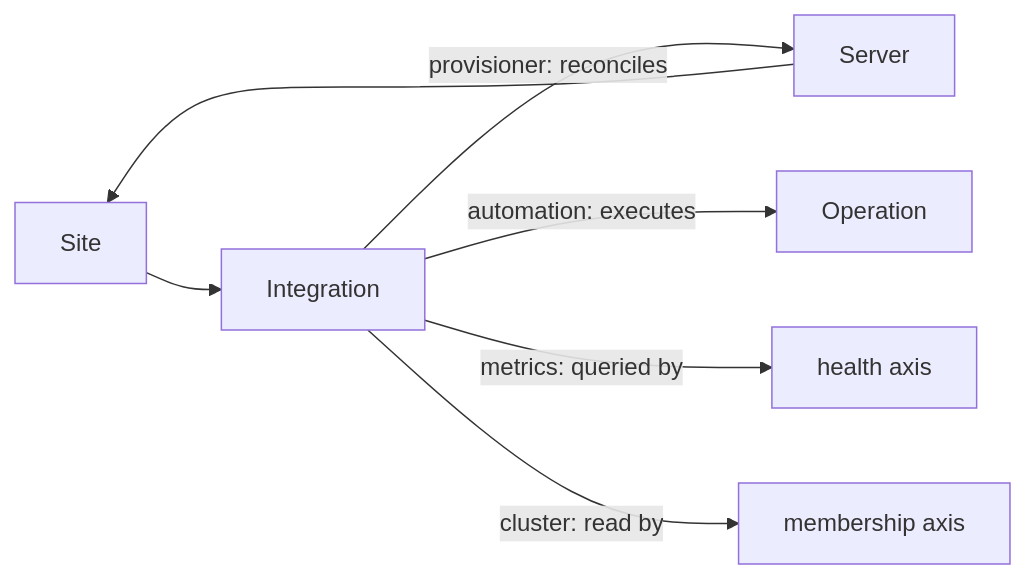
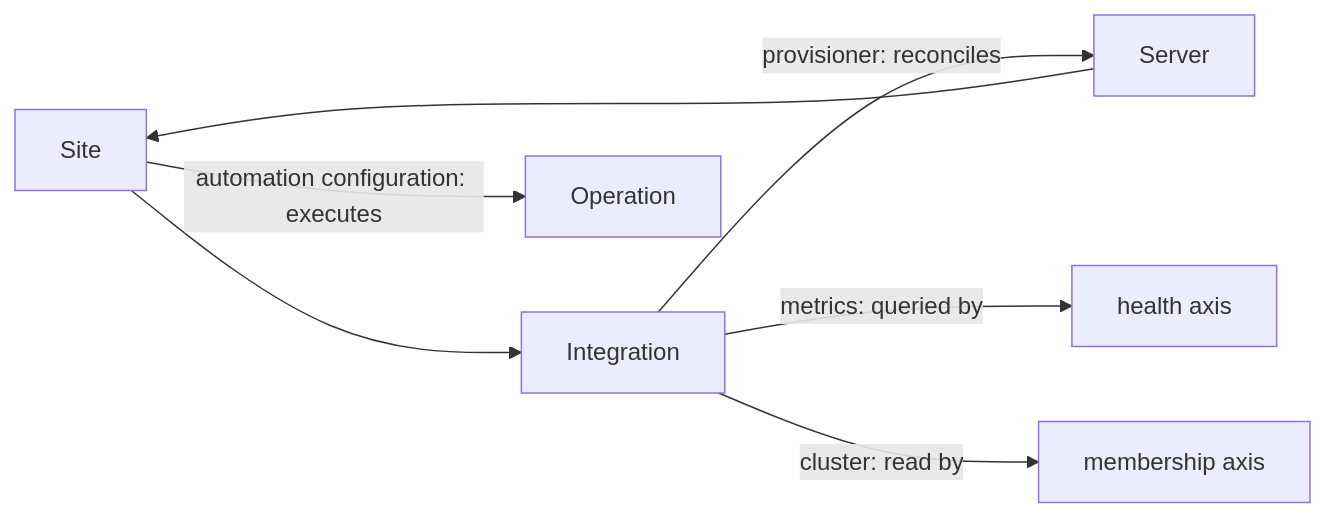
One commit to maple52046/swallow changed the diagram in docs/glossaries/site.md. Above: the diagram before and after it, drawn with Mermaid. The commit also changed other lines of this file and 126 other files, not shown here.

````diff
--- a/docs/glossaries/site.md
+++ b/docs/glossaries/site.md
@@ -85,9 +84,9 @@
 ```mermaid
 flowchart LR
     Site --> Integration
     Integration -->|"provisioner: reconciles"| Server
-    Integration -->|"automation: executes"| Operation
+    Site -->|"automation configuration: executes"| Operation
     Integration -->|"metrics: queried by"| Health["health axis"]
     Integration -->|"cluster: read by"| Membership["membership axis"]
     Server --> Site
 ```
````
